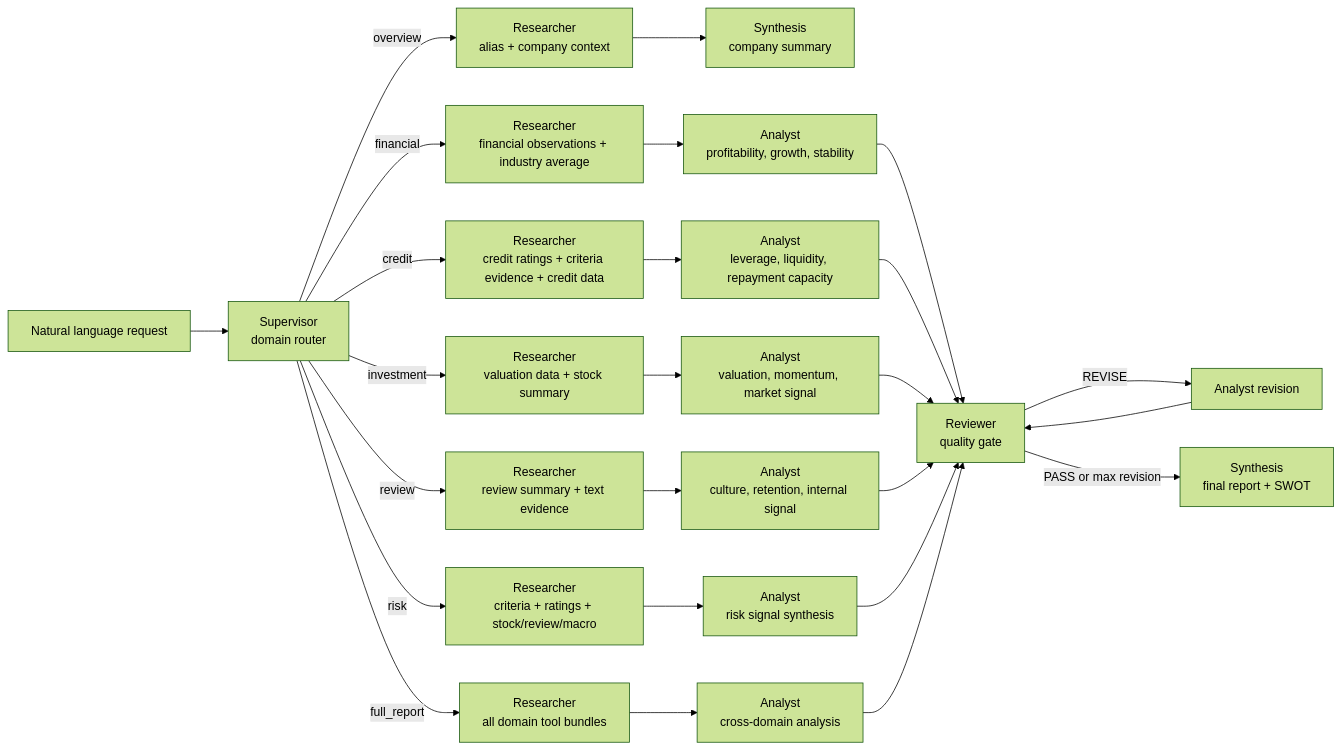
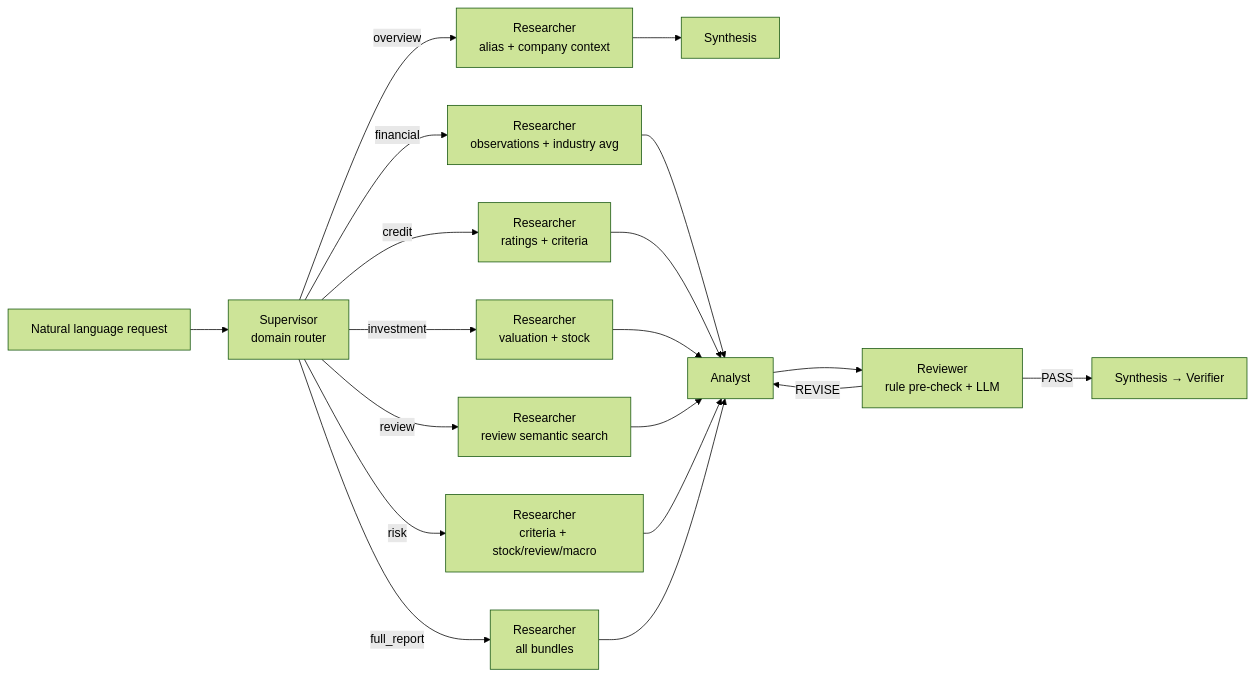
The second of 2 diagrams in README.md (jiyoonmik/Biz-Insight), drawn with Mermaid (forest theme) before and after one commit. The commit also changed other lines of this file and 1 other file, not shown here.

````diff
--- a/README.md
+++ b/README.md
@@ -74,36 +250,21 @@
 ```mermaid
 flowchart LR
     Request["Natural language request"] --> Router["Supervisor<br/>domain router"]
-
     Router -->|overview| O1["Researcher<br/>alias + company context"]
-    O1 --> O2["Synthesis<br/>company summary"]
-
-    Router -->|financial| F1["Researcher<br/>financial observations + industry average"]
-    F1 --> F2["Analyst<br/>profitability, growth, stability"]
-
-    Router -->|credit| C1["Researcher<br/>credit ratings + criteria evidence + credit data"]
-    C1 --> C2["Analyst<br/>leverage, liquidity, repayment capacity"]
-
-    Router -->|investment| I1["Researcher<br/>valuation data + stock summary"]
-    I1 --> I2["Analyst<br/>valuation, momentum, market signal"]
-
-    Router -->|review| V1["Researcher<br/>review summary + text evidence"]
-    V1 --> V2["Analyst<br/>culture, retention, internal signal"]
-
-    Router -->|risk| R1["Researcher<br/>criteria + ratings + stock/review/macro"]
-    R1 --> R2["Analyst<br/>risk signal synthesis"]
-
-    Router -->|full_report| A1["Researcher<br/>all domain tool bundles"]
-    A1 --> A2["Analyst<br/>cross-domain analysis"]
-
-    F2 --> Gate["Reviewer<br/>quality gate"]
-    C2 --> Gate
-    I2 --> Gate
-    V2 --> Gate
-    R2 --> Gate
-    A2 --> Gate
-
-    Gate -->|REVISE| Revise["Analyst revision"]
-    Revise --> Gate
-    Gate -->|PASS or max revision| Final["Synthesis<br/>final report + SWOT"]
+    O1 --> O2["Synthesis"]
+    Router -->|financial| F1["Researcher<br/>observations + industry avg"]
+    Router -->|credit| C1["Researcher<br/>ratings + criteria"]
+    Router -->|investment| I1["Researcher<br/>valuation + stock"]
+    Router -->|review| V1["Researcher<br/>review semantic search"]
+    Router -->|risk| R1["Researcher<br/>criteria + stock/review/macro"]
+    Router -->|full_report| A1["Researcher<br/>all bundles"]
+    F1 --> An["Analyst"]
+    C1 --> An
+    I1 --> An
+    V1 --> An
+    R1 --> An
+    A1 --> An
+    An --> Gate["Reviewer<br/>rule pre-check + LLM"]
+    Gate -->|REVISE| An
+    Gate -->|PASS| Final["Synthesis → Verifier"]
 ```
````
